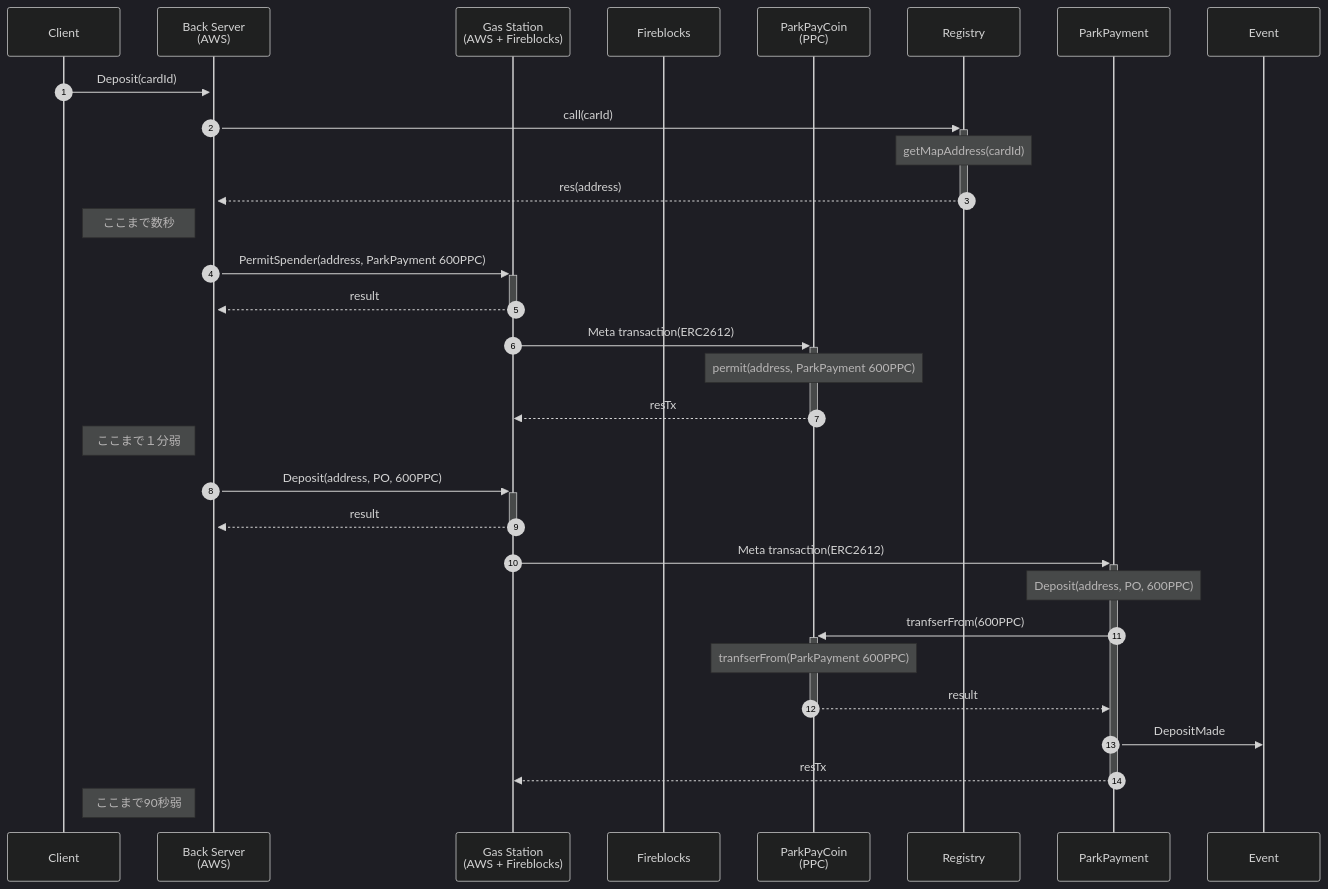
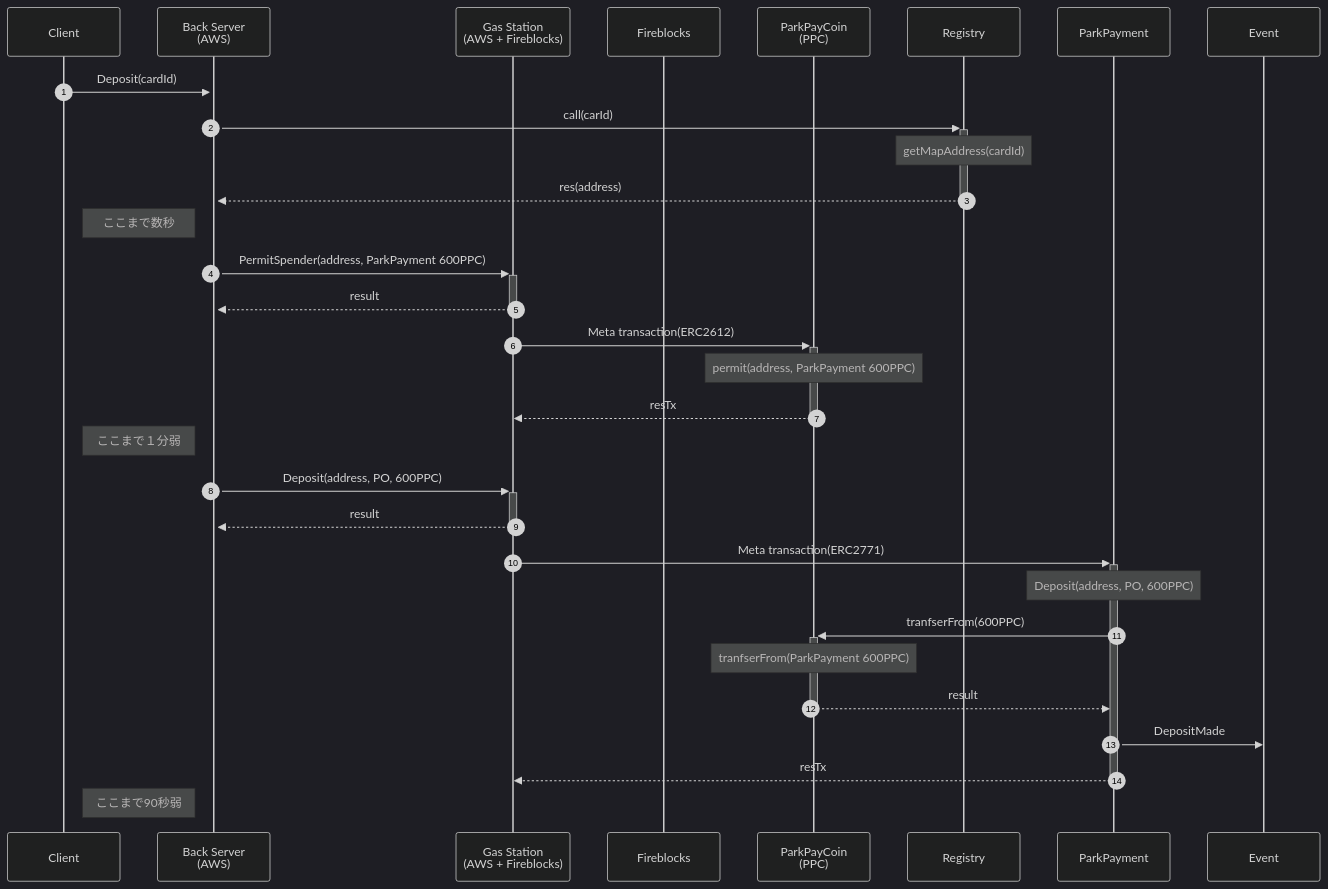
One commit to mahiroaug/ParkingPayment changed the fourth of 4 diagrams in README.md. Above: the diagram before and after it, drawn with Mermaid (dark theme).

Commit message:
updage README

````diff
--- a/README.md
+++ b/README.md
@@ -443,41 +443,41 @@
 ```mermaid
 sequenceDiagram
 
     participant Client as Client
     participant Back as Back Server<br>(AWS)
     participant GSN as Gas Station<br>(AWS + Fireblocks)
     participant FB as Fireblocks
     participant PPC as ParkPayCoin<br>(PPC)
     participant Registry
     participant ParkPayment
     participant Event
     autonumber
 
     Client->>+Back: Deposit(cardId)
     Back->>+Registry: call(carId)
     Note over Registry: getMapAddress(cardId)
     Registry-->>-Back: res(address)
 
     Note left of Back:ここまで数秒
 
     Back->>+GSN: PermitSpender(address, ParkPayment 600PPC)
     GSN-->>-Back: result
     GSN->>+PPC: Meta transaction(ERC2612)
     Note over PPC: permit(address, ParkPayment 600PPC)
     PPC-->>-GSN: resTx
 
     Note left of Back:ここまで１分弱
 
     Back->>+GSN: Deposit(address, PO, 600PPC)
     GSN-->>-Back: result
-    GSN->>+ParkPayment: Meta transaction(ERC2612)
+    GSN->>+ParkPayment: Meta transaction(ERC2771)
     Note over ParkPayment: Deposit(address, PO, 600PPC)
     ParkPayment->>+PPC: tranfserFrom(600PPC)
     Note over PPC: tranfserFrom(ParkPayment 600PPC)
     PPC-->>-ParkPayment: result
     ParkPayment->>Event: DepositMade
     ParkPayment-->>-GSN: resTx
 
     Note left of Back:ここまで90秒弱
 
 ```
````
